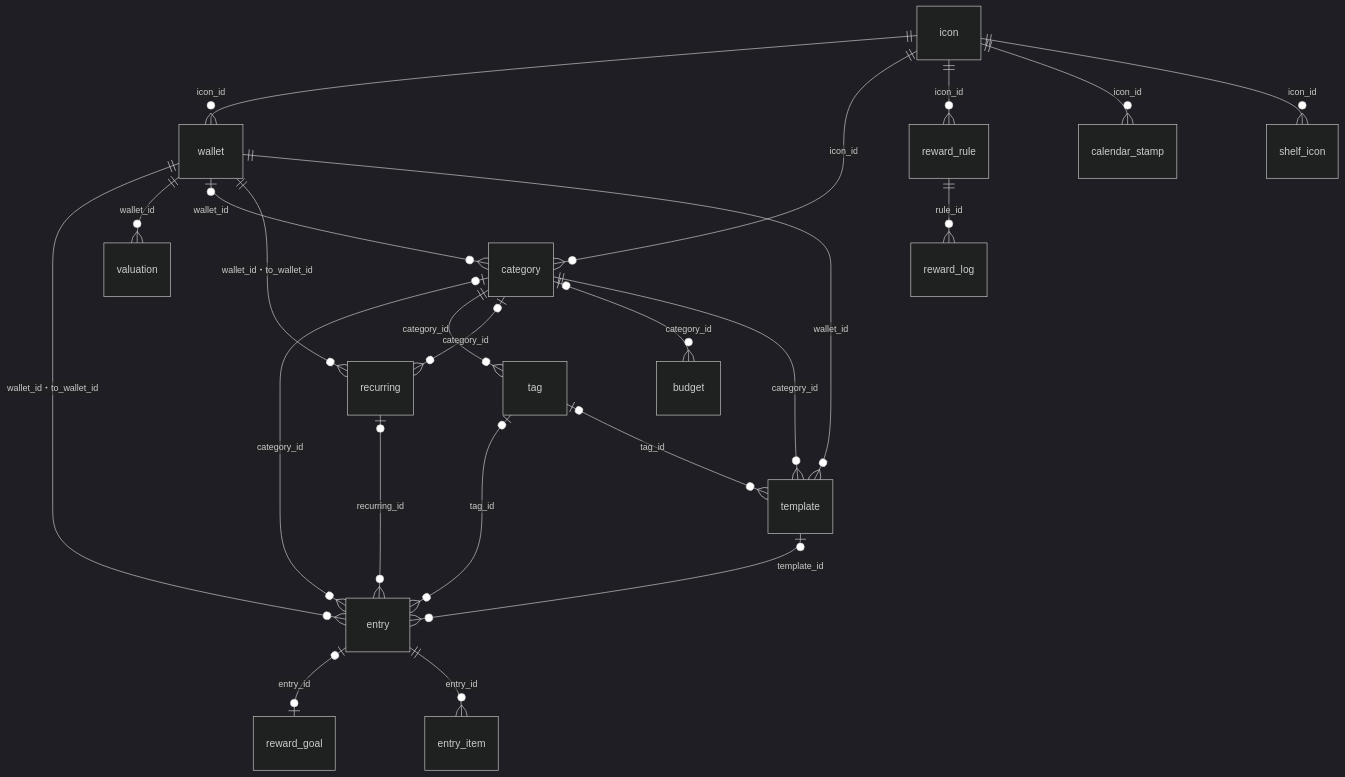
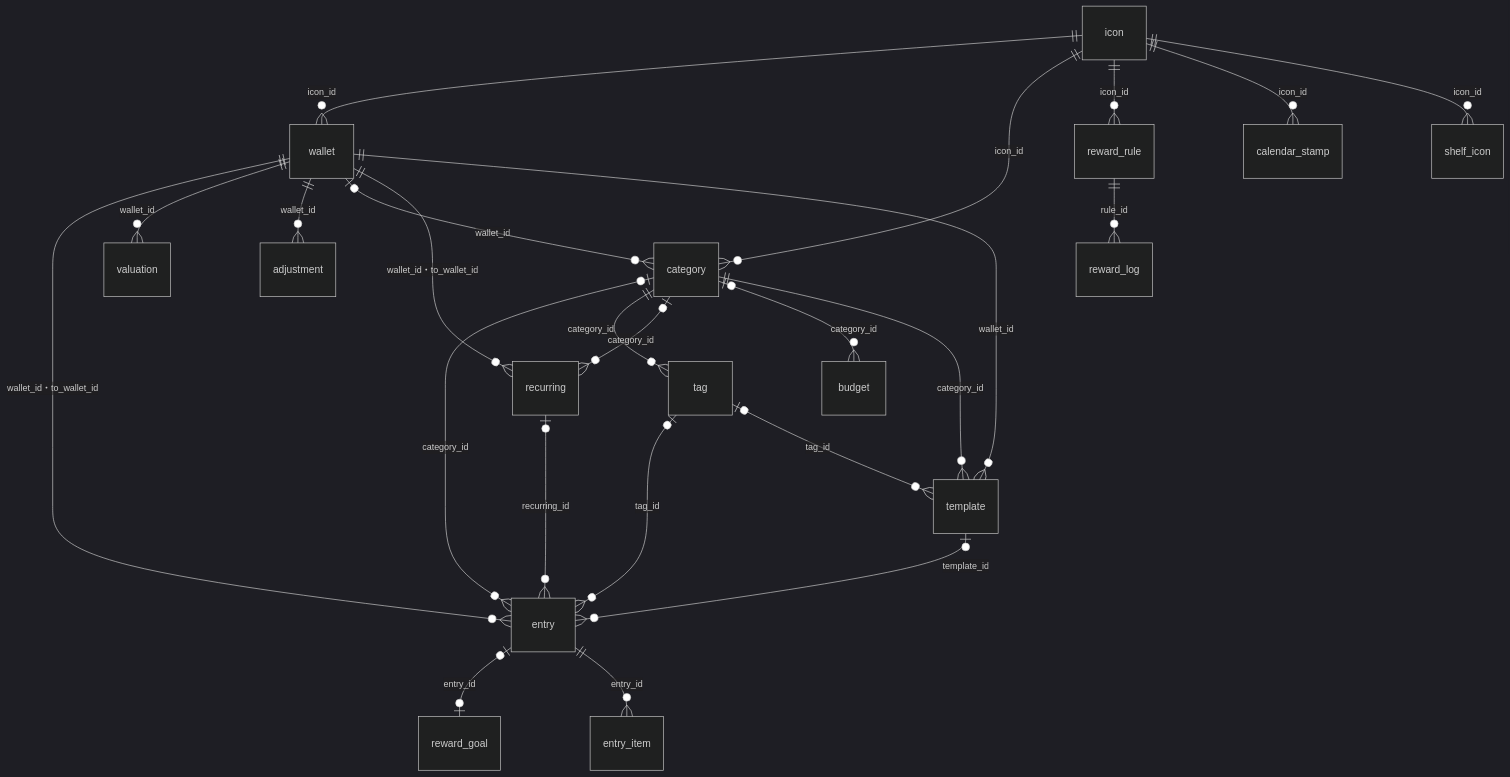
Before and after one commit to yossibank/kakeibot: the diagram in docs/data.md, drawn with Mermaid (dark theme). The commit also changed other lines of this file and 181 other files, not shown here.

````diff
--- a/docs/data.md
+++ b/docs/data.md
@@ -11,25 +11,26 @@
 ```mermaid
 erDiagram
     icon ||--o{ wallet : "icon_id"
     icon ||--o{ category : "icon_id"
     icon ||--o{ reward_rule : "icon_id"
     icon ||--o{ calendar_stamp : "icon_id"
     icon ||--o{ shelf_icon : "icon_id"
     wallet ||--o{ entry : "wallet_id・to_wallet_id"
     wallet ||--o{ valuation : "wallet_id"
+    wallet ||--o{ adjustment : "wallet_id"
     category |o--o{ entry : "category_id"
     category ||--o{ tag : "category_id"
     wallet |o--o{ category : "wallet_id"
     tag |o--o{ entry : "tag_id"
     tag |o--o{ template : "tag_id"
     template |o--o{ entry : "template_id"
     recurring |o--o{ entry : "recurring_id"
     wallet ||--o{ recurring : "wallet_id・to_wallet_id"
     category |o--o{ recurring : "category_id"
     category |o--o{ budget : "category_id"
     category ||--o{ template : "category_id"
     wallet ||--o{ template : "wallet_id"
     reward_rule ||--o{ reward_log : "rule_id"
     entry |o--o| reward_goal : "entry_id"
     entry ||--o{ entry_item : "entry_id"
 ```
````
